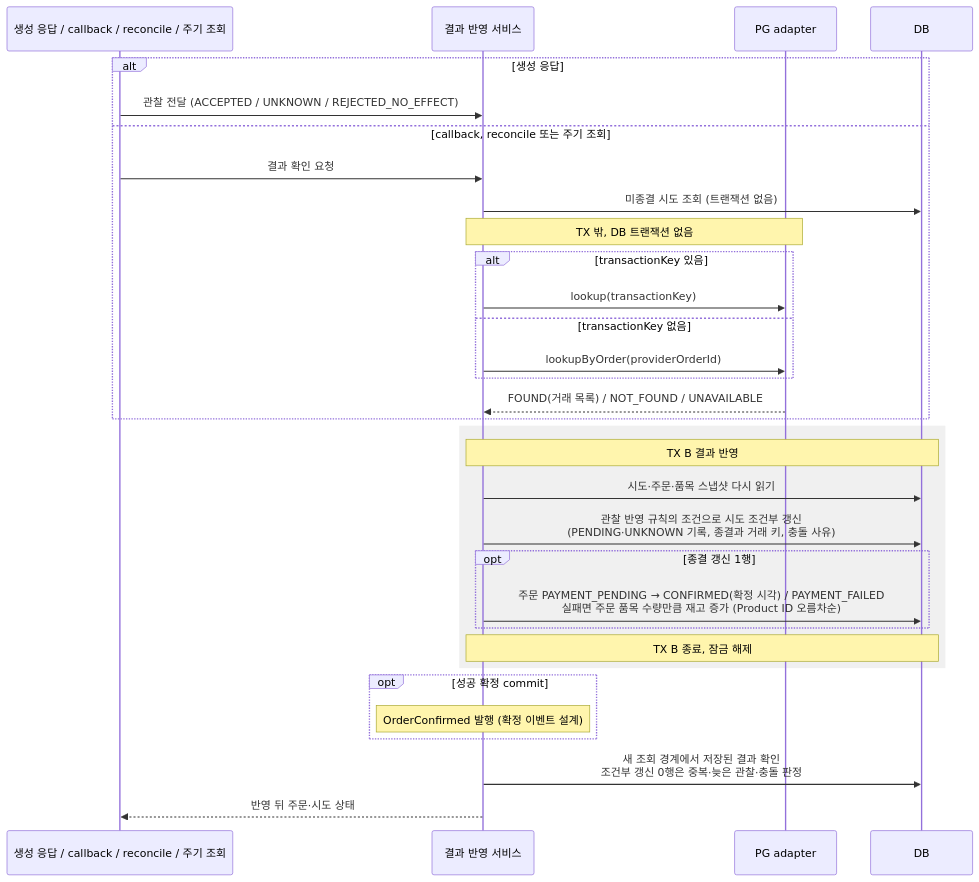
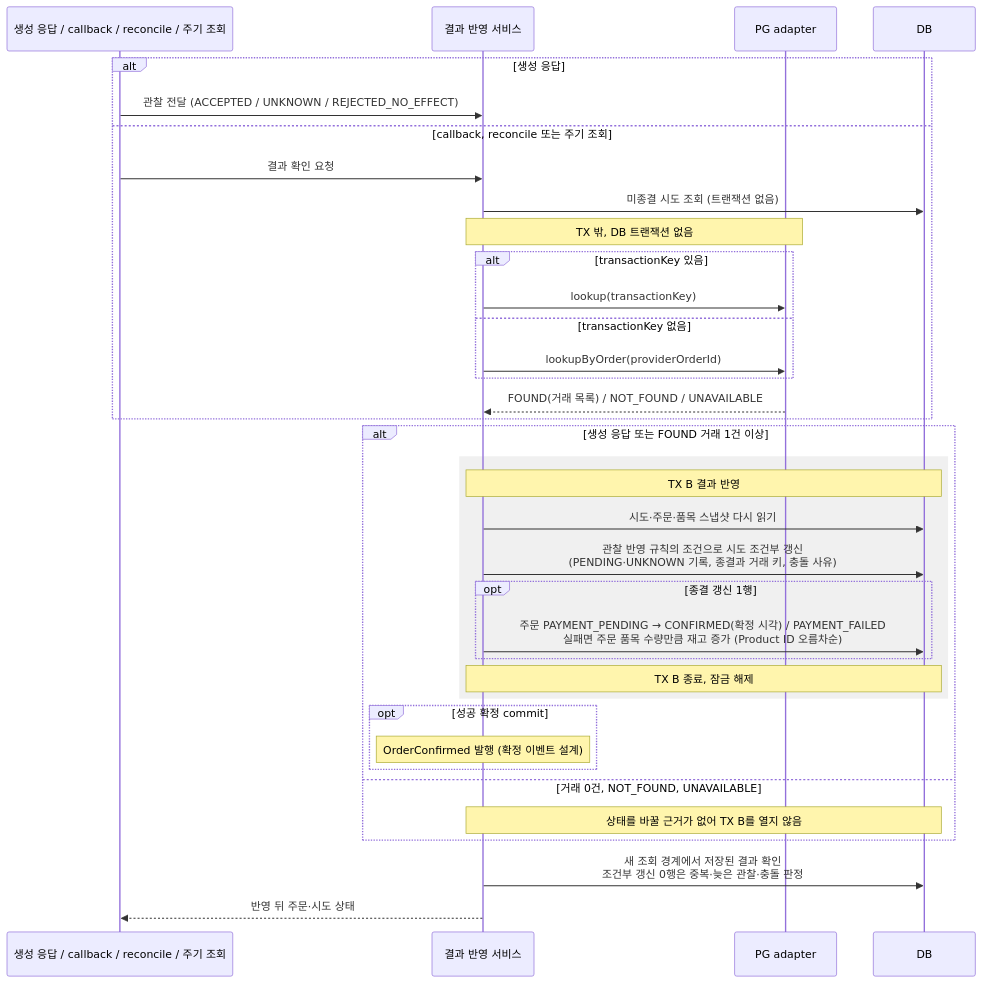
One commit to loopers-labs/loop-pack-be-l2-vol5-java changed the diagram in docs/system-design/use-cases/order-payment-result.md. Above: the diagram before and after it, drawn with Mermaid. The commit also changed other lines of this file and 10 other files, not shown here.

````diff
--- a/docs/system-design/use-cases/order-payment-result.md
+++ b/docs/system-design/use-cases/order-payment-result.md
@@ -44,36 +44,40 @@
 ```mermaid
 sequenceDiagram
     participant Trigger as 생성 응답 / callback / reconcile / 주기 조회
     participant Service as 결과 반영 서비스
     participant Adapter as PG adapter
     participant DB as DB
 
     alt 생성 응답
         Trigger->>Service: 관찰 전달 (ACCEPTED / UNKNOWN / REJECTED_NO_EFFECT)
     else callback, reconcile 또는 주기 조회
         Trigger->>Service: 결과 확인 요청
         Service->>DB: 미종결 시도 조회 (트랜잭션 없음)
         Note over Service,Adapter: TX 밖, DB 트랜잭션 없음
         alt transactionKey 있음
             Service->>Adapter: lookup(transactionKey)
         else transactionKey 없음
             Service->>Adapter: lookupByOrder(providerOrderId)
         end
         Adapter-->>Service: FOUND(거래 목록) / NOT_FOUND / UNAVAILABLE
     end
 
-    rect rgba(128, 128, 128, 0.12)
-        Note over Service,DB: TX B 결과 반영
-        Service->>DB: 시도·주문·품목 스냅샷 다시 읽기
-        Service->>DB: 관찰 반영 규칙의 조건으로 시도 조건부 갱신<br/>(PENDING·UNKNOWN 기록, 종결과 거래 키, 충돌 사유)
-        opt 종결 갱신 1행
-            Service->>DB: 주문 PAYMENT_PENDING → CONFIRMED(확정 시각) / PAYMENT_FAILED<br/>실패면 주문 품목 수량만큼 재고 증가 (Product ID 오름차순)
+    alt 생성 응답 또는 FOUND 거래 1건 이상
+        rect rgba(128, 128, 128, 0.12)
+            Note over Service,DB: TX B 결과 반영
+            Service->>DB: 시도·주문·품목 스냅샷 다시 읽기
+            Service->>DB: 관찰 반영 규칙의 조건으로 시도 조건부 갱신<br/>(PENDING·UNKNOWN 기록, 종결과 거래 키, 충돌 사유)
+            opt 종결 갱신 1행
+                Service->>DB: 주문 PAYMENT_PENDING → CONFIRMED(확정 시각) / PAYMENT_FAILED<br/>실패면 주문 품목 수량만큼 재고 증가 (Product ID 오름차순)
+            end
+            Note over Service,DB: TX B 종료, 잠금 해제
         end
-        Note over Service,DB: TX B 종료, 잠금 해제
-    end
-    opt 성공 확정 commit
-        Note over Service: OrderConfirmed 발행 (확정 이벤트 설계)
+        opt 성공 확정 commit
+            Note over Service: OrderConfirmed 발행 (확정 이벤트 설계)
+        end
+    else 거래 0건, NOT_FOUND, UNAVAILABLE
+        Note over Service,DB: 상태를 바꿀 근거가 없어 TX B를 열지 않음
     end
     Service->>DB: 새 조회 경계에서 저장된 결과 확인<br/>조건부 갱신 0행은 중복·늦은 관찰·충돌 판정
     Service-->>Trigger: 반영 뒤 주문·시도 상태
 ```
````
